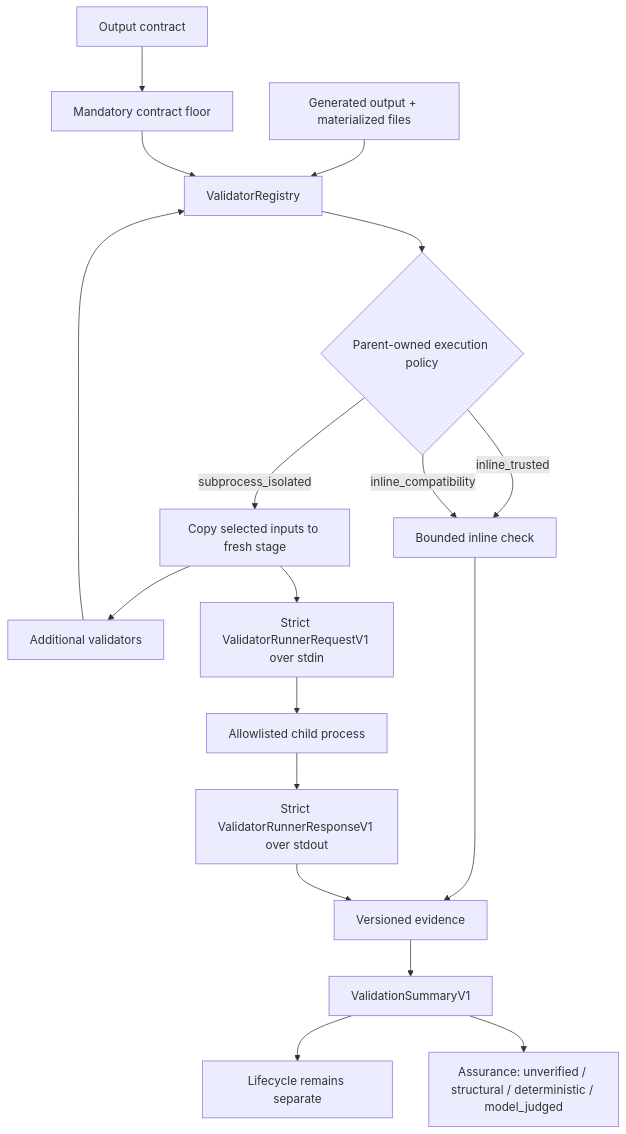
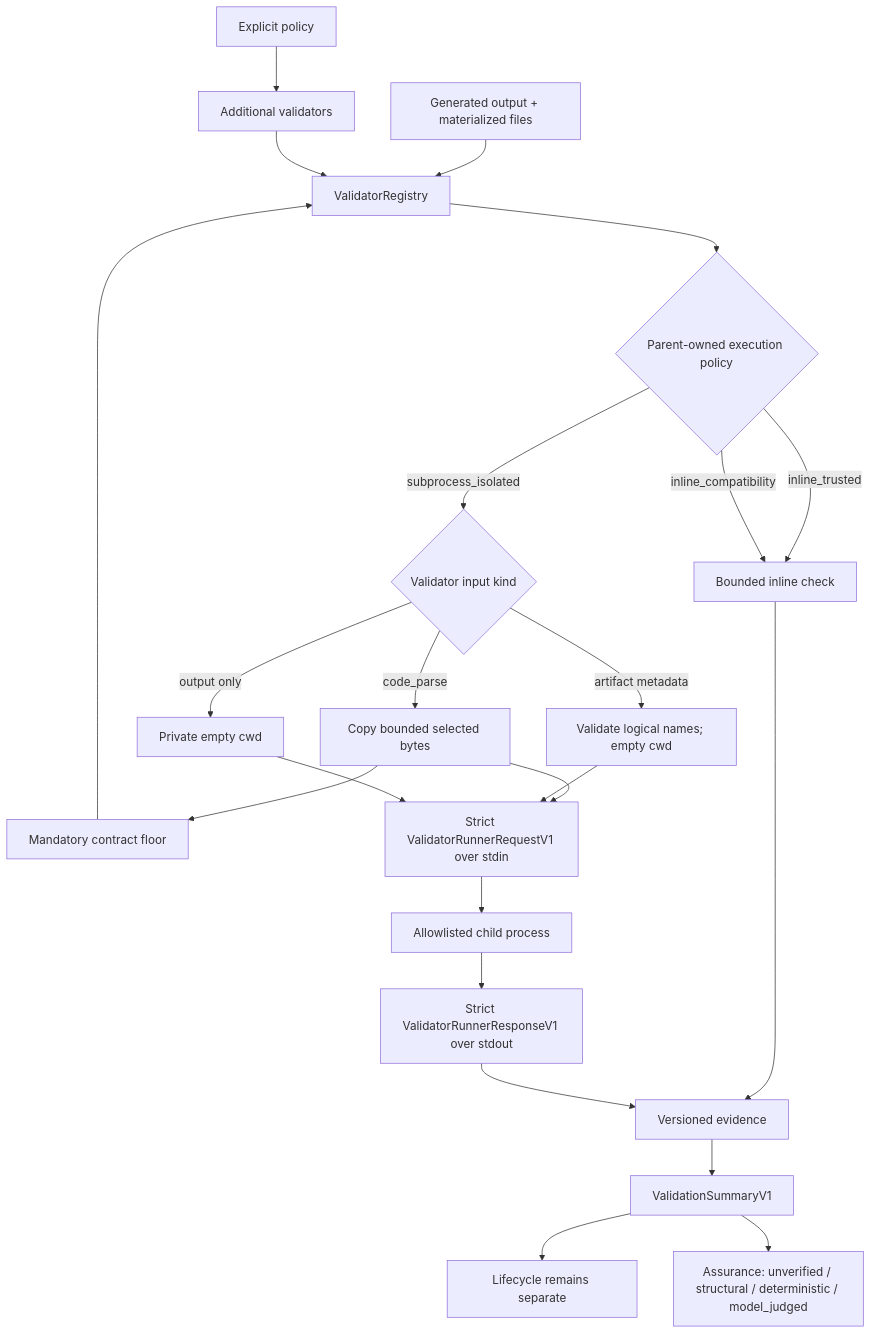
The seventh of 9 diagrams in docs/ARCHITECTURE.md (Jwrightsman/distributed-orchestrator), drawn with Mermaid before and after one commit. The commit also changed other lines of this file and 16 other files, not shown here.

````diff
--- a/docs/ARCHITECTURE.md
+++ b/docs/ARCHITECTURE.md
@@ -391,20 +391,25 @@
 ```mermaid
 flowchart TD
     O[Generated output + materialized files] --> R[ValidatorRegistry]
     C[Output contract] --> F[Mandatory contract floor]
     P[Explicit policy] --> X[Additional validators]
     F --> R
     X --> R
     R --> M{Parent-owned execution policy}
     M -->|inline_trusted| I[Bounded inline check]
     M -->|inline_compatibility| I
-    M -->|subprocess_isolated| P[Copy selected inputs to fresh stage]
-    P --> Q[Strict ValidatorRunnerRequestV1 over stdin]
+    M -->|subprocess_isolated| B{Validator input kind}
+    B -->|code_parse| C[Copy bounded selected bytes]
+    B -->|artifact metadata| N[Validate logical names; empty cwd]
+    B -->|output only| D[Private empty cwd]
+    C --> Q[Strict ValidatorRunnerRequestV1 over stdin]
+    N --> Q
+    D --> Q
     Q --> U[Allowlisted child process]
     U --> W[Strict ValidatorRunnerResponseV1 over stdout]
     I --> E[Versioned evidence]
     W --> E
     E --> S[ValidationSummaryV1]
     S --> L[Lifecycle remains separate]
     S --> A[Assurance: unverified / structural / deterministic / model_judged]
 ```
````
